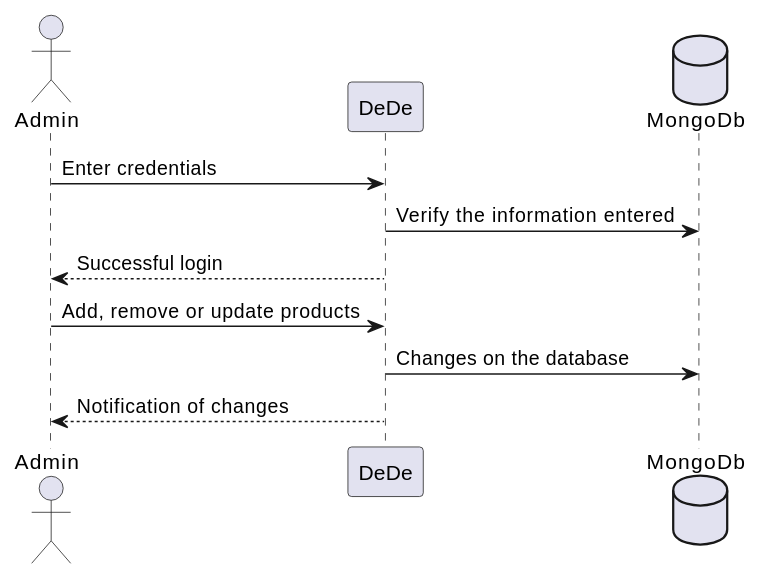
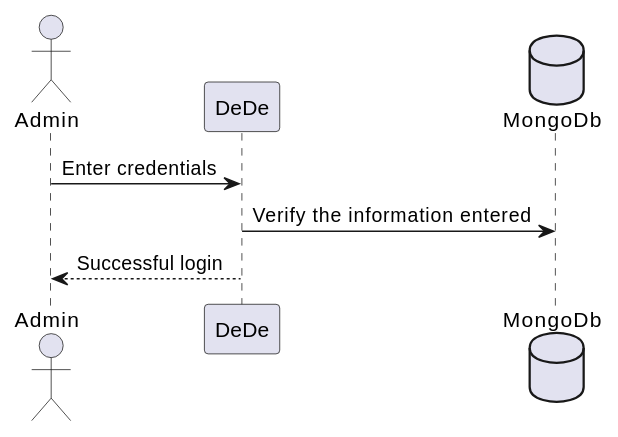
One commit to Arquisoft/Arquisoft-dede_es_04a changed the second of 6 diagrams in docs/06_runtime_view.adoc. Above: the diagram before and after it, drawn with PlantUML. The commit also changed other lines of this file, not shown here.

First line of the commit message:
Añadidos diagramas

```diff
--- a/docs/06_runtime_view.adoc
+++ b/docs/06_runtime_view.adoc
@@ -32,14 +32,11 @@
 [plantuml,"AdminView",png]
 ----
 @startuml
 actor Admin
 participant DeDe
 database MongoDb
 Admin -> DeDe: Enter credentials
 DeDe -> MongoDb: Verify the information entered
 DeDe --> Admin: Successful login
-Admin -> DeDe: Add, remove or update products
-DeDe -> MongoDb: Changes on the database
-DeDe --> Admin: Notification of changes
 @enduml
 ----
```
